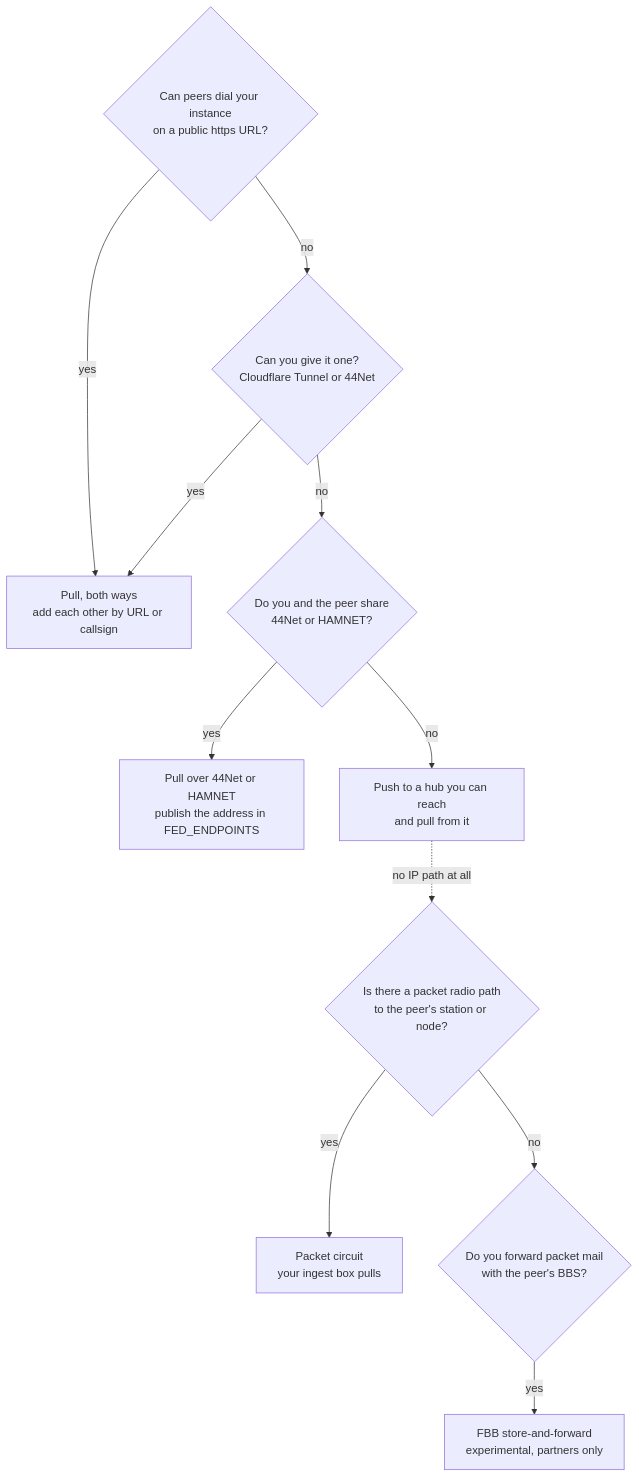
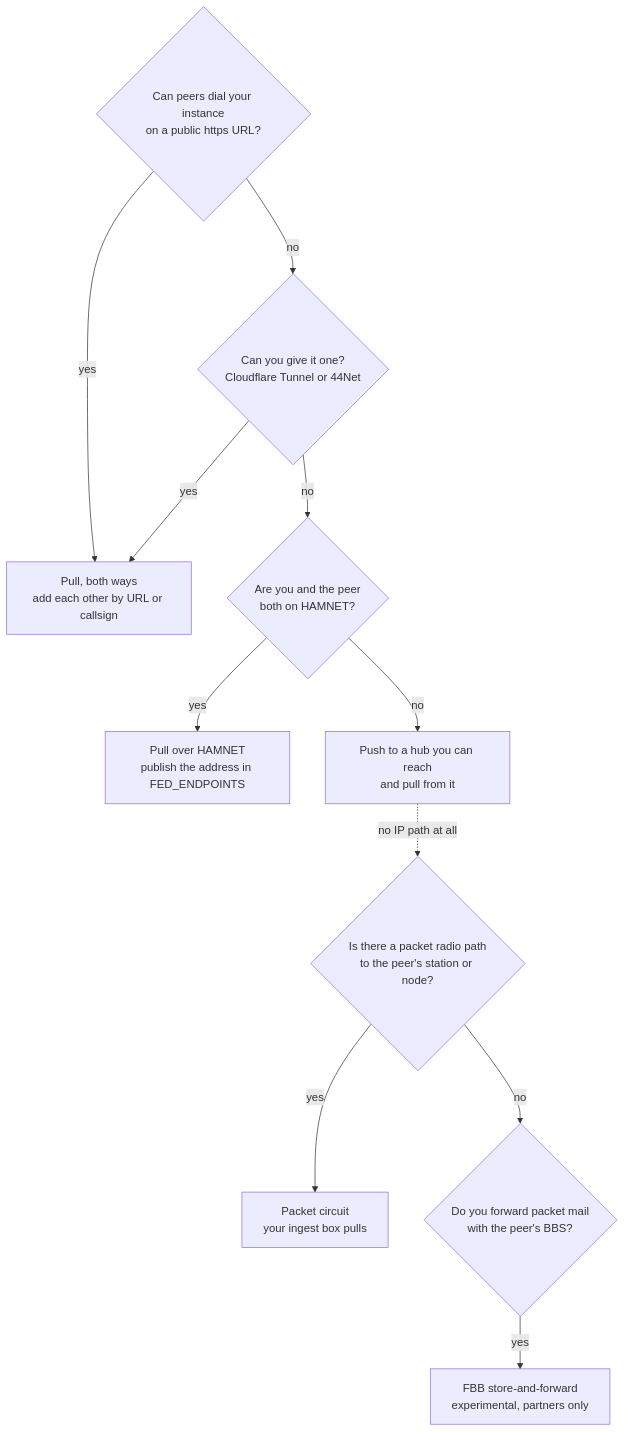
The diagram in docs/run/federation/choose.md (apachler/aprscaching), drawn with Mermaid before and after one commit. The commit also changed other lines of this file and 34 other files, not shown here.

````diff
--- a/docs/run/federation/choose.md
+++ b/docs/run/federation/choose.md
@@ -10,23 +10,23 @@
 ```mermaid
 flowchart TD
   q1{"Can peers dial your instance<br/>on a public https URL?"}
   q2{"Can you give it one?<br/>Cloudflare Tunnel or 44Net"}
-  q3{"Do you and the peer share<br/>44Net or HAMNET?"}
+  q3{"Are you and the peer<br/>both on HAMNET?"}
   q5{"Is there a packet radio path<br/>to the peer's station or node?"}
   q4{"Do you forward packet mail<br/>with the peer's BBS?"}
   pull["Pull, both ways<br/>add each other by URL or callsign"]
-  amprpull["Pull over 44Net or HAMNET<br/>publish the address in FED_ENDPOINTS"]
+  amprpull["Pull over HAMNET<br/>publish the address in FED_ENDPOINTS"]
   push["Push to a hub you can reach<br/>and pull from it"]
   packet["Packet circuit<br/>your ingest box pulls"]
   fbb["FBB store-and-forward<br/>experimental, partners only"]
   q1 -->|yes| pull
   q1 -->|no| q2
   q2 -->|yes| pull
   q2 -->|no| q3
   q3 -->|yes| amprpull
   q3 -->|no| push
   push -.->|no IP path at all| q5
   q5 -->|yes| packet
   q5 -->|no| q4
   q4 -->|yes| fbb
 ```
````
